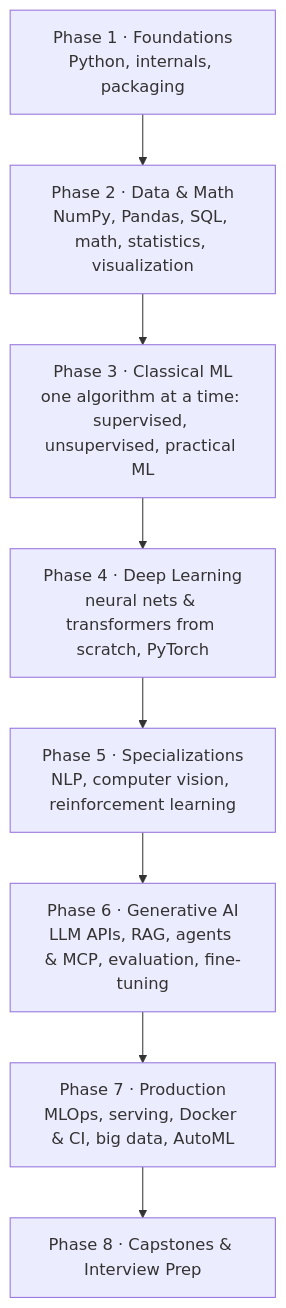
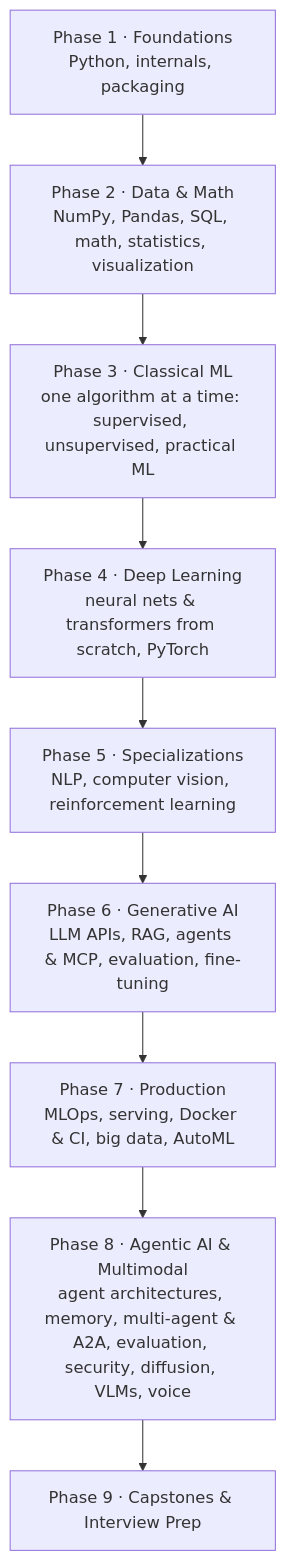
Before and after one commit to MayankKumarPokhriyal/Learning-AI-ML: the diagram in README.md, drawn with Mermaid. The commit also changed other lines of this file and 3 other files, not shown here.

First line of the commit message:
Document the Agentic AI and Multimodal expansion; pin new libraries

````diff
--- a/README.md
+++ b/README.md
@@ -51,12 +51,13 @@
 ```mermaid
 flowchart TD
     P1[Phase 1 · Foundations<br/>Python, internals, packaging]
     P2[Phase 2 · Data & Math<br/>NumPy, Pandas, SQL, math, statistics, visualization]
     P3[Phase 3 · Classical ML<br/>one algorithm at a time: supervised, unsupervised, practical ML]
     P4[Phase 4 · Deep Learning<br/>neural nets & transformers from scratch, PyTorch]
     P5[Phase 5 · Specializations<br/>NLP, computer vision, reinforcement learning]
     P6[Phase 6 · Generative AI<br/>LLM APIs, RAG, agents & MCP, evaluation, fine-tuning]
     P7[Phase 7 · Production<br/>MLOps, serving, Docker & CI, big data, AutoML]
-    P8[Phase 8 · Capstones & Interview Prep]
-    P1 --> P2 --> P3 --> P4 --> P5 --> P6 --> P7 --> P8
+    P8[Phase 8 · Agentic AI & Multimodal<br/>agent architectures, memory, multi-agent & A2A, evaluation, security, diffusion, VLMs, voice]
+    P9[Phase 9 · Capstones & Interview Prep]
+    P1 --> P2 --> P3 --> P4 --> P5 --> P6 --> P7 --> P8 --> P9
 ```
````
